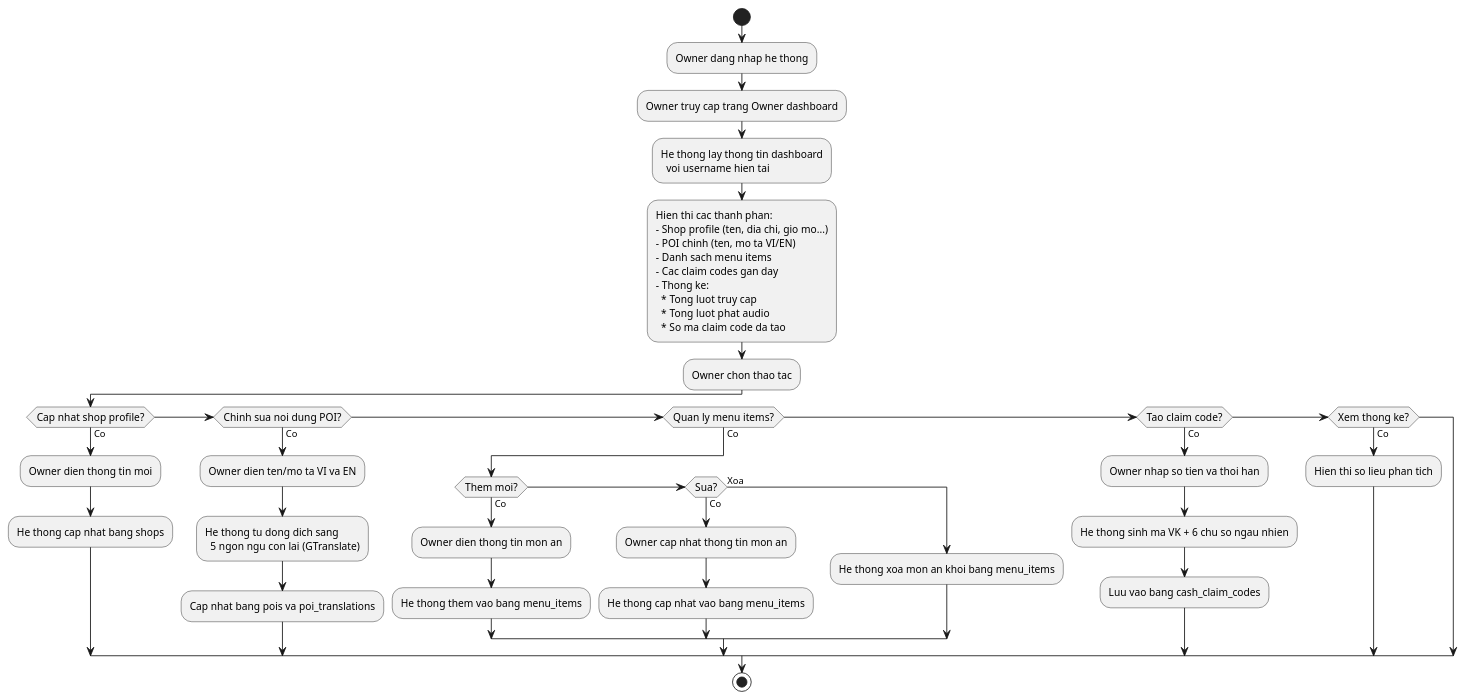
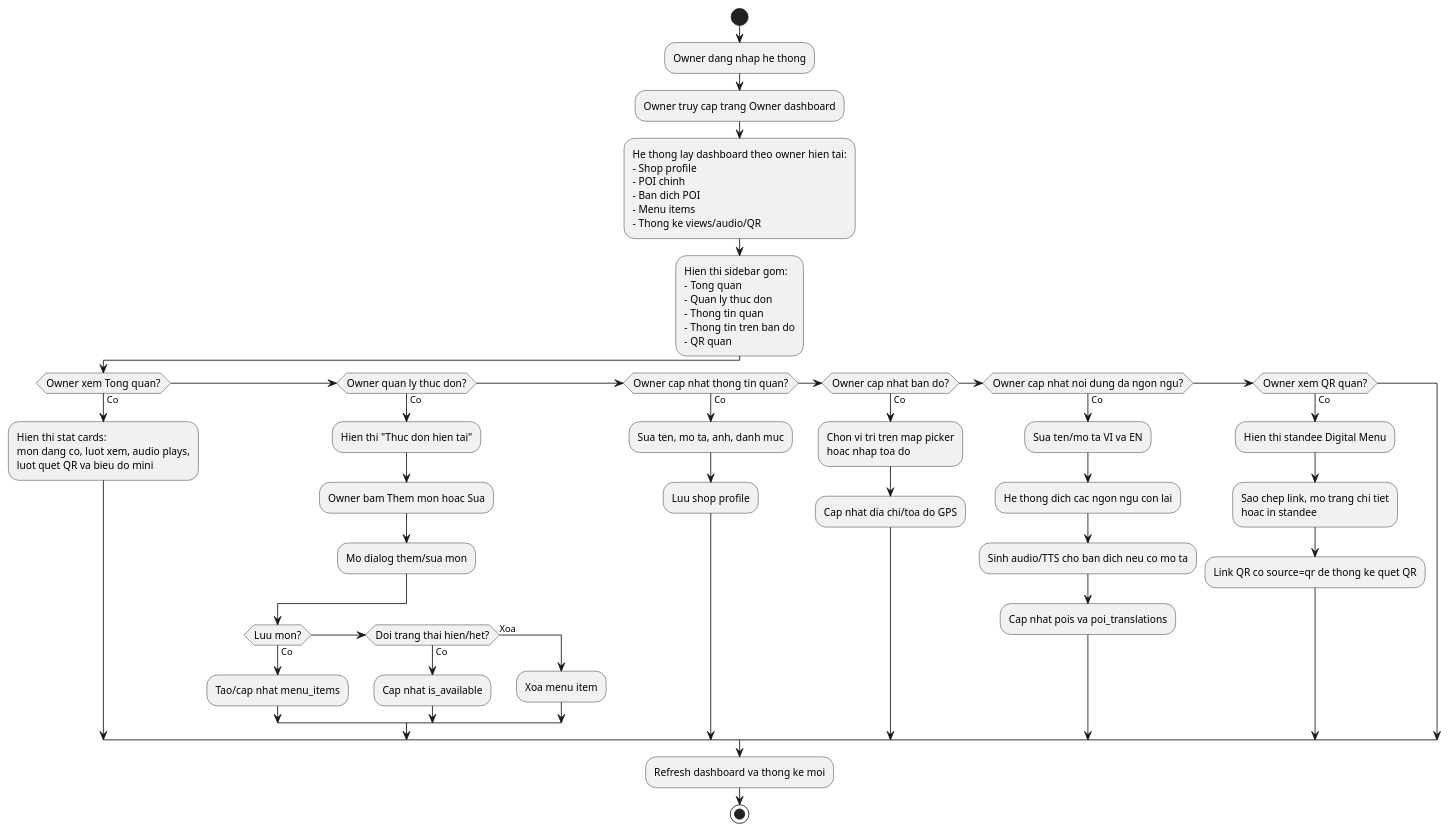
Before and after one commit to MinhMafia/DiDuDuaDi: the diagram in Đặc tả wed/activity_14_owner_dashboard.puml, drawn with PlantUML. The commit also changed 42 other files, not shown here.

Commit message:
Update owner shop interface and API for managing owner upgrade requests

```diff
--- a/Đặc tả wed/activity_14_owner_dashboard.puml
+++ b/Đặc tả wed/activity_14_owner_dashboard.puml
@@ -1,55 +1,64 @@
 @startuml activity_14_owner_dashboard
 skinparam backgroundColor White
 skinparam activityFontSize 12
 skinparam activityFontName "Times New Roman"
 
 start
 
 :Owner dang nhap he thong;
 
 :Owner truy cap trang Owner dashboard;
 
-:He thong lay thong tin dashboard
-  voi username hien tai;
+:He thong lay dashboard theo owner hien tai:
+- Shop profile
+- POI chinh
+- Ban dich POI
+- Menu items
+- Thong ke views/audio/QR;
 
-:Hien thi cac thanh phan:
-- Shop profile (ten, dia chi, gio mo...)
-- POI chinh (ten, mo ta VI/EN)
-- Danh sach menu items
-- Cac claim codes gan day
-- Thong ke:
-  * Tong luot truy cap
-  * Tong luot phat audio
-  * So ma claim code da tao;
+:Hien thi sidebar gom:
+- Tong quan
+- Quan ly thuc don
+- Thong tin quan
+- Thong tin tren ban do
+- QR quan;
 
-:Owner chon thao tac;
+if (Owner xem Tong quan?) then (Co)
+  :Hien thi stat cards:
+  mon dang co, luot xem, audio plays,
+  luot quet QR va bieu do mini;
+elseif (Owner quan ly thuc don?) then (Co)
+  :Hien thi "Thuc don hien tai";
+  :Owner bam Them mon hoac Sua;
+  :Mo dialog them/sua mon;
+  if (Luu mon?) then (Co)
+    :Tao/cap nhat menu_items;
+  elseif (Doi trang thai hien/het?) then (Co)
+    :Cap nhat is_available;
+  else (Xoa)
+    :Xoa menu item;
+  endif
+elseif (Owner cap nhat thong tin quan?) then (Co)
+  :Sua ten, mo ta, anh, danh muc;
+  :Luu shop profile;
+elseif (Owner cap nhat ban do?) then (Co)
+  :Chon vi tri tren map picker
+  hoac nhap toa do;
+  :Cap nhat dia chi/toa do GPS;
+elseif (Owner cap nhat noi dung da ngon ngu?) then (Co)
+  :Sua ten/mo ta VI va EN;
+  :He thong dich cac ngon ngu con lai;
+  :Sinh audio/TTS cho ban dich neu co mo ta;
+  :Cap nhat pois va poi_translations;
+elseif (Owner xem QR quan?) then (Co)
+  :Hien thi standee Digital Menu;
+  :Sao chep link, mo trang chi tiet
+  hoac in standee;
+  :Link QR co source=qr de thong ke quet QR;
+endif
 
-if (Cap nhat shop profile?) then (Co)
-  :Owner dien thong tin moi;
-  :He thong cap nhat bang shops;
-else if (Chinh sua noi dung POI?) then (Co)
-  :Owner dien ten/mo ta VI va EN;
-  :He thong tu dong dich sang
-    5 ngon ngu con lai (GTranslate);
-  :Cap nhat bang pois va poi_translations;
-else if (Quan ly menu items?) then (Co)
-  if (Them moi?) then (Co)
-    :Owner dien thong tin mon an;
-    :He thong them vao bang menu_items;
-  elseif (Sua?) then (Co)
-    :Owner cap nhat thong tin mon an;
-    :He thong cap nhat vao bang menu_items;
-  else (Xoa)
-    :He thong xoa mon an khoi bang menu_items;
-  endif
-else if (Tao claim code?) then (Co)
-  :Owner nhap so tien va thoi han;
-  :He thong sinh ma VK + 6 chu so ngau nhien;
-  :Luu vao bang cash_claim_codes;
-else if (Xem thong ke?) then (Co)
-  :Hien thi so lieu phan tich;
-endif
+:Refresh dashboard va thong ke moi;
 
 stop
 
 @enduml
```
